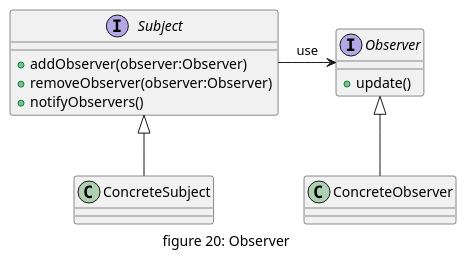
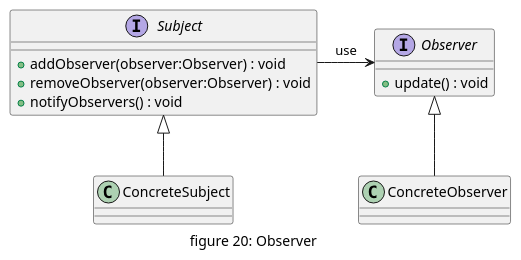
The first of 2 diagrams in doc/uml/20_observer.pu (daileyet/designpattern4cplusplus), drawn with PlantUML before and after one commit. The commit also changed other lines of this file and 11 other files, not shown here.

```diff
--- a/doc/uml/20_observer.pu
+++ b/doc/uml/20_observer.pu
@@ -1,25 +1,25 @@
 @startuml "figure20_observer"
 caption figure 20: Observer
 
 interface Subject{
-    + addObserver(observer:Observer)
-    + removeObserver(observer:Observer)
-    + notifyObservers()
+    + addObserver(observer:Observer) : void
+    + removeObserver(observer:Observer) : void
+    + notifyObservers() : void
 }
 
 interface Observer{
-    + update()
+    + update() : void
 }
 
 class ConcreteSubject{
 }
 
 class ConcreteObserver{
 
 }
 
 Subject <|-- ConcreteSubject
 Observer <|-- ConcreteObserver
 
 Subject -right-> Observer : use
 @enduml
```
